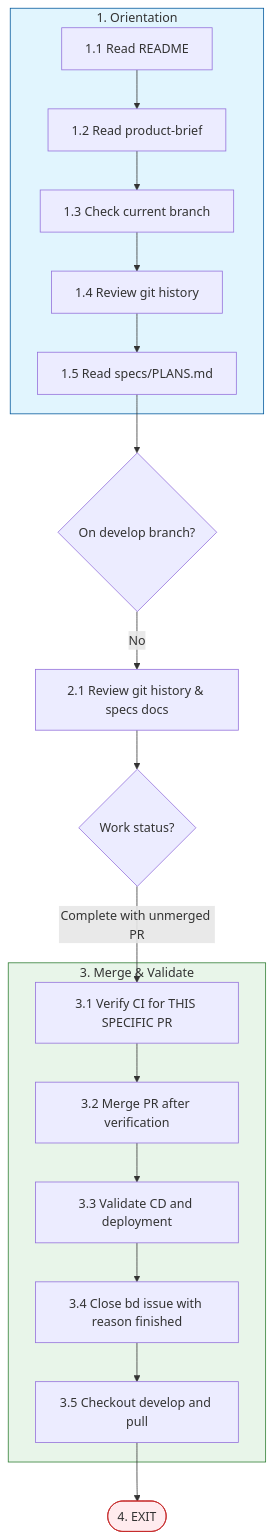
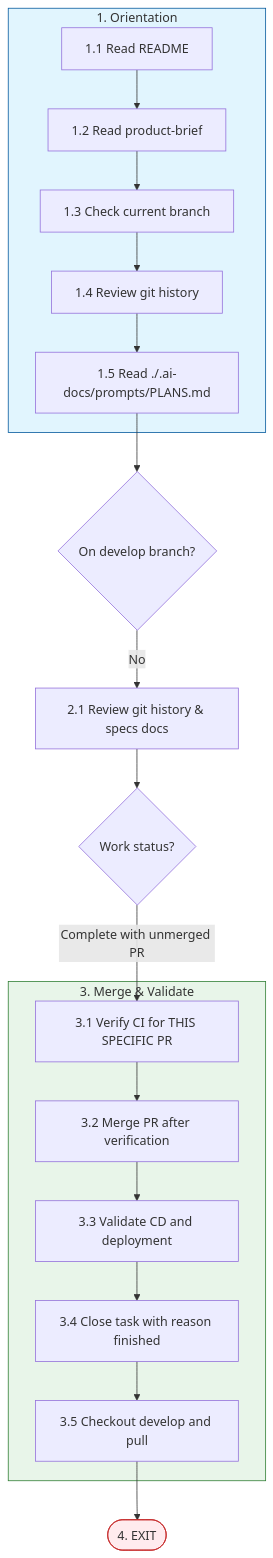
One commit to htxryan/ralph-tui changed the diagram in .ralph/workflows/02-feature-branch-pr-ready.md. Above: the diagram before and after it, drawn with Mermaid. The commit also changed other lines of this file and 22 other files, not shown here.

````diff
--- a/.ralph/workflows/02-feature-branch-pr-ready.md
+++ b/.ralph/workflows/02-feature-branch-pr-ready.md
@@ -7,31 +7,31 @@
 ```mermaid
 flowchart TD
     subgraph orientation[1. Orientation]
         A1[1.1 Read README]
         A2[1.2 Read product-brief]
         A3[1.3 Check current branch]
         A4[1.4 Review git history]
-        A5[1.5 Read specs/PLANS.md]
+        A5[1.5 Read ./.ai-docs/prompts/PLANS.md]
         A1 --> A2 --> A3 --> A4 --> A5
     end
 
     A5 --> B{On develop branch?}
     B -->|No| B1[2.1 Review git history & specs docs]
     B1 --> B2{Work status?}
     B2 -->|Complete with unmerged PR| C1
 
     subgraph mergePhase[3. Merge & Validate]
         C1[3.1 Verify CI for THIS SPECIFIC PR]
         C2[3.2 Merge PR after verification]
         C3[3.3 Validate CD and deployment]
-        C4[3.4 Close bd issue with reason finished]
+        C4[3.4 Close task with reason finished]
         C5[3.5 Checkout develop and pull]
         C1 --> C2 --> C3 --> C4 --> C5
     end
 
     C5 --> FINISH([4. EXIT])
 
     style orientation fill:#e1f5fe,stroke:#01579b
     style mergePhase fill:#e8f5e9,stroke:#2e7d32
     style FINISH fill:#ffebee,stroke:#c62828
 ```
````
